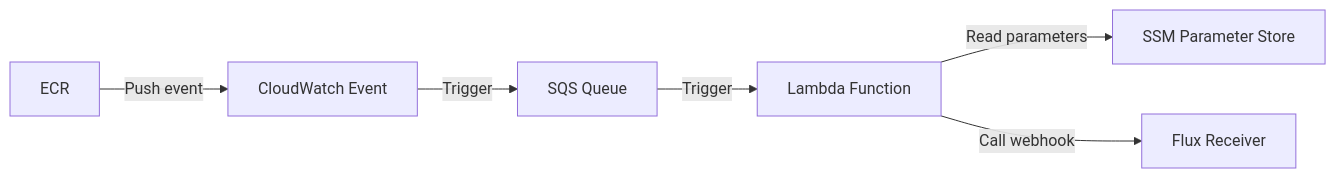
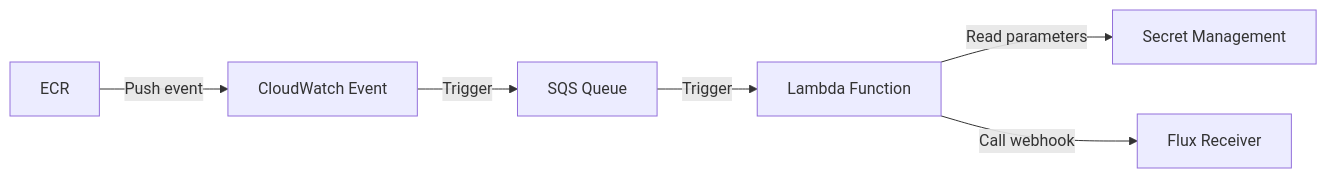
Before and after one commit to fabidick22/flux2-ecr-webhook: the diagram in README.md, drawn with Mermaid. The commit also changed other lines of this file and 1 other file, not shown here.

Commit message:
docs: Update diagram

````diff
--- a/README.md
+++ b/README.md
@@ -8,8 +8,8 @@
 ```mermaid
 graph LR
   ECR[ECR] -->|Push event| CW[CloudWatch Event]
   CW -->|Trigger| SQS[SQS Queue]
   SQS -->|Trigger| L[Lambda Function]
-  L -->|Read parameters| SSM[SSM Parameter Store]
+  L -->|Read parameters| SM[Secret Management]
   L -->|Call webhook| F[Flux Receiver]
 ```
````
